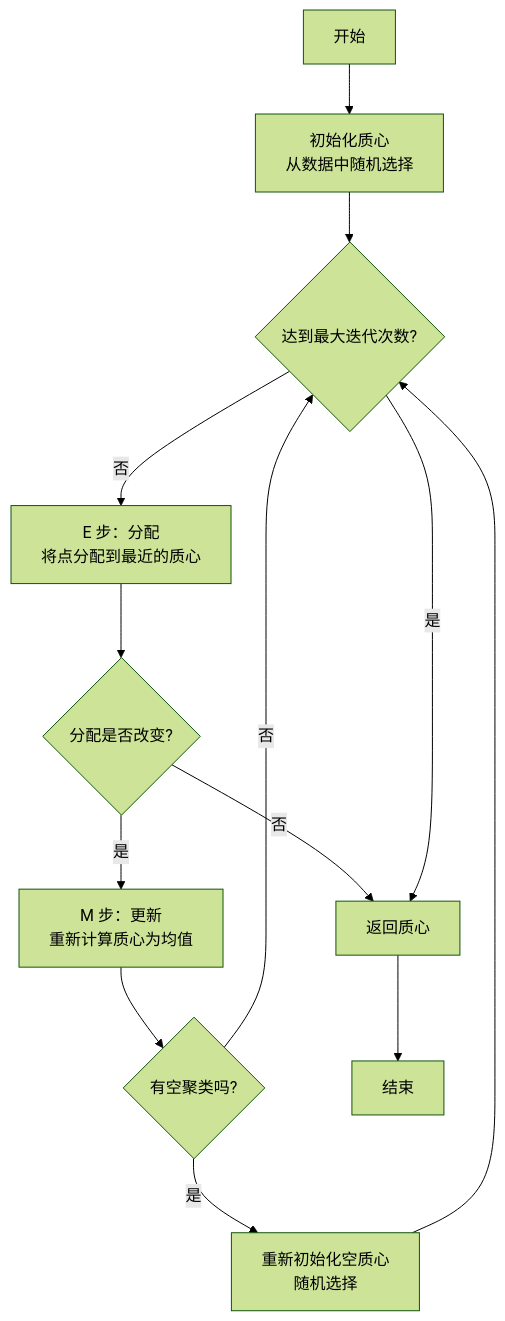
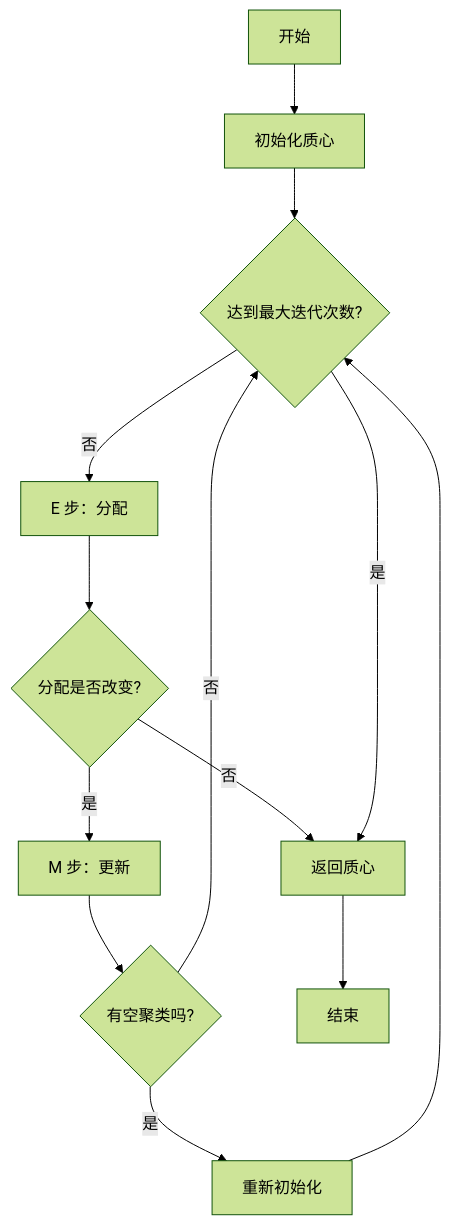
One commit to nexepic/zyx changed the diagram in docs/zh/algorithms/kmeans.md. Above: the diagram before and after it, drawn with Mermaid (forest theme). The commit also changed other lines of this file and 21 other files, not shown here.

First line of the commit message:
fix: resolve Mermaid diagram display issues in VitePress

````diff
--- a/docs/zh/algorithms/kmeans.md
+++ b/docs/zh/algorithms/kmeans.md
@@ -114,15 +114,15 @@
 ```mermaid
 flowchart TD
-    A[开始] --> B[初始化质心<br/>从数据中随机选择]
+    A[开始] --> B[初始化质心]
     B --> C{达到最大迭代次数?}
-    C -->|否| D[E 步：分配<br/>将点分配到最近的质心]
+    C -->|否| D[E 步：分配]
     D --> E{分配是否改变?}
-    E -->|是| F[M 步：更新<br/>重新计算质心为均值]
+    E -->|是| F[M 步：更新]
     E -->|否| G[已收敛]
     F --> H{有空聚类吗?}
-    H -->|是| I[重新初始化空质心<br/>随机选择]
+    H -->|是| I[重新初始化]
     H -->|否| C
     I --> C
     C -->|是| G[返回质心]
     G --> J[结束]
 ```
````
